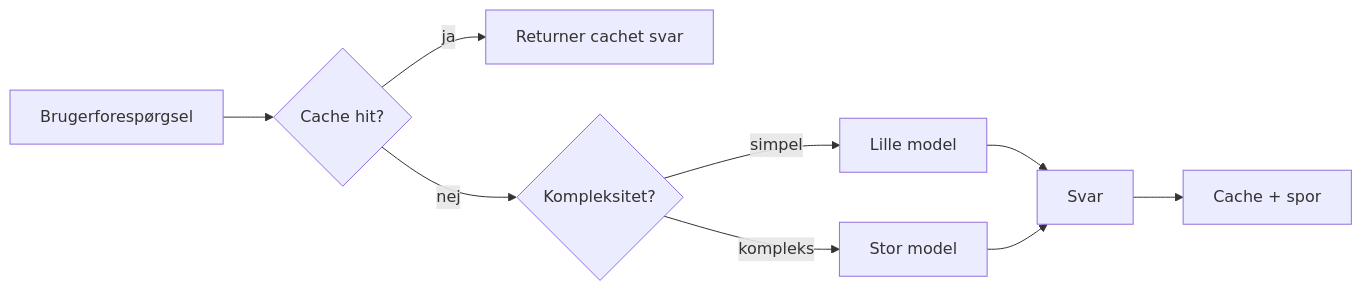
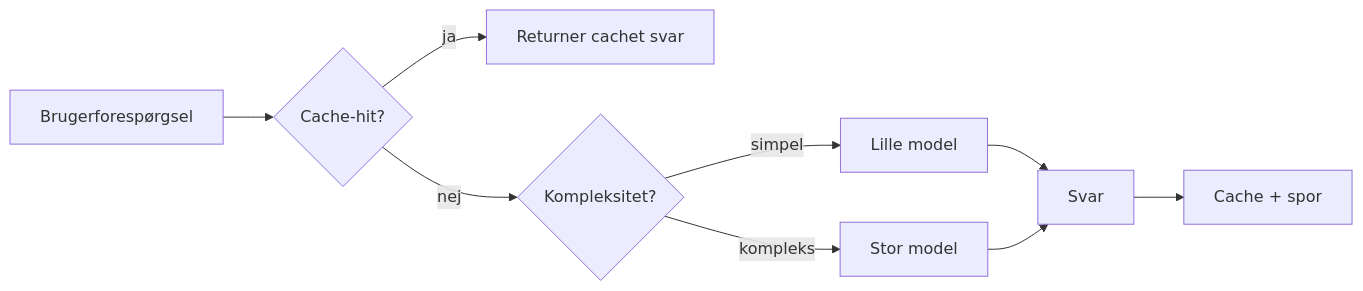
One commit to microsoft/ai-agents-for-beginners changed the third of 4 diagrams in translations/da/16-deploying-scalable-agents/README.md. Above: the diagram before and after it, drawn with Mermaid. The commit also changed other lines of this file and 47 other files, not shown here.

````diff
--- a/translations/da/16-deploying-scalable-agents/README.md
+++ b/translations/da/16-deploying-scalable-agents/README.md
@@ -134,11 +134,11 @@
 ```mermaid
 flowchart LR
-    Q[Brugerforespørgsel] --> C{Cache hit?}
+    Q[Brugerforespørgsel] --> C{Cache-hit?}
     C -->|ja| R[Returner cachet svar]
     C -->|nej| Router{Kompleksitet?}
     Router -->|simpel| SLM[Lille model]
     Router -->|kompleks| LLM[Stor model]
     SLM --> Out[Svar]
     LLM --> Out
     Out --> Store[Cache + spor]
 ```
````
